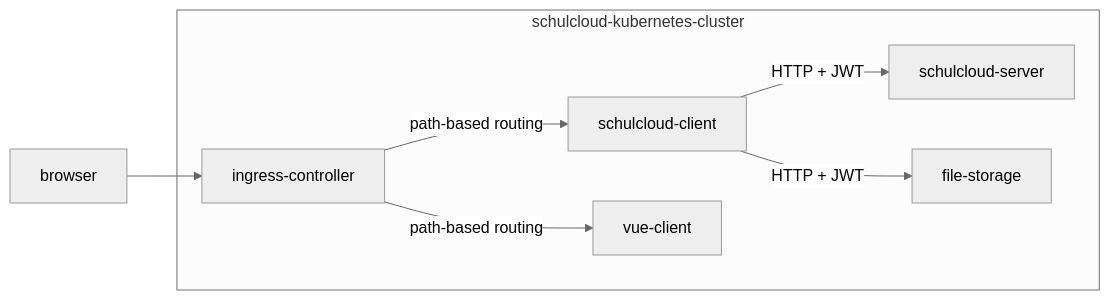
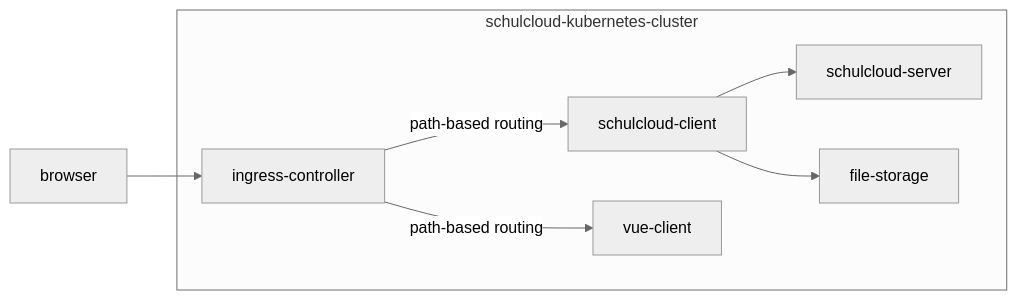
Before and after one commit to hpi-schul-cloud/schulcloud-documentation: the diagram in docs/topics/schulcloud-client/overview.md, drawn with Mermaid (neutral theme). The commit also changed other lines of this file, not shown here.

Commit message:
Update diagram

````diff
--- a/docs/topics/schulcloud-client/overview.md
+++ b/docs/topics/schulcloud-client/overview.md
@@ -19,10 +19,10 @@
 ```mermaid
 flowchart LR
   browser --> ingress-controller
   subgraph schulcloud-kubernetes-cluster
     ingress-controller -->|path-based routing| schulcloud-client
-    schulcloud-client -->|HTTP + JWT| schulcloud-server
-    schulcloud-client -->|HTTP + JWT| file-storage
+    schulcloud-client --> schulcloud-server
+    schulcloud-client --> file-storage
     ingress-controller -->|path-based routing| vue-client
   end
 ```
````
